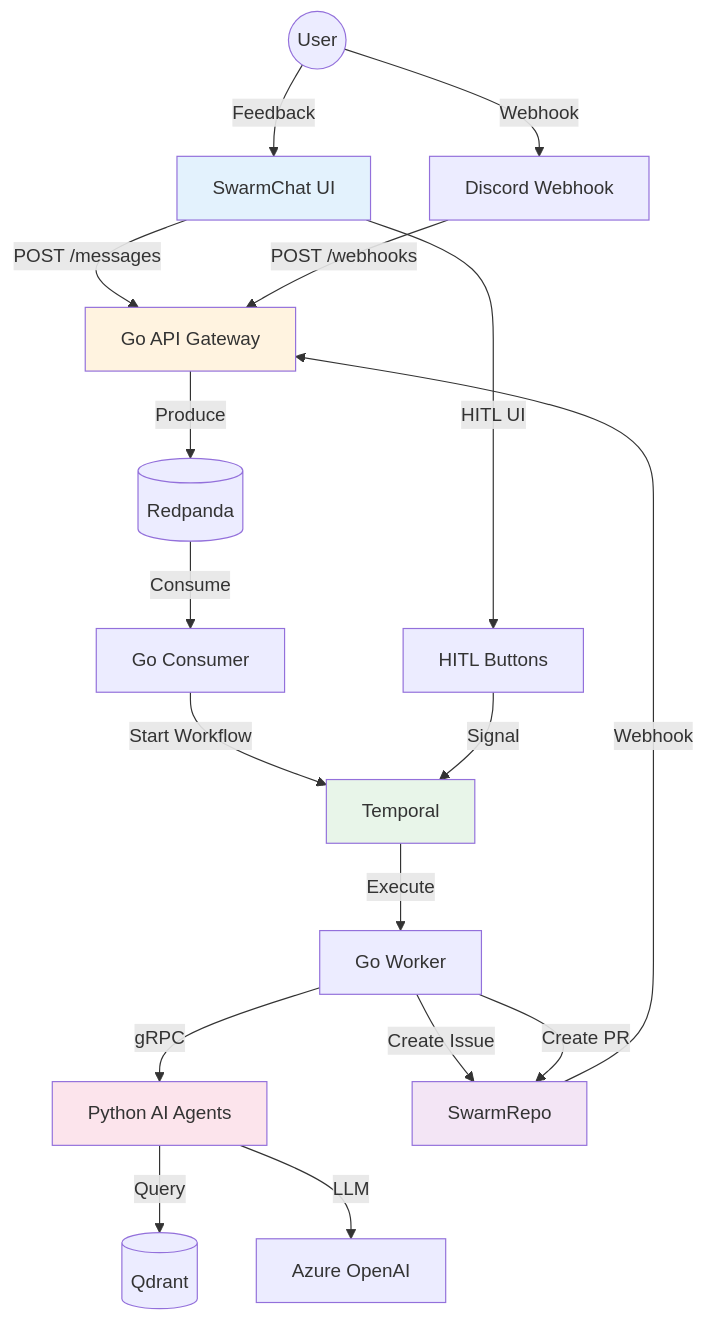
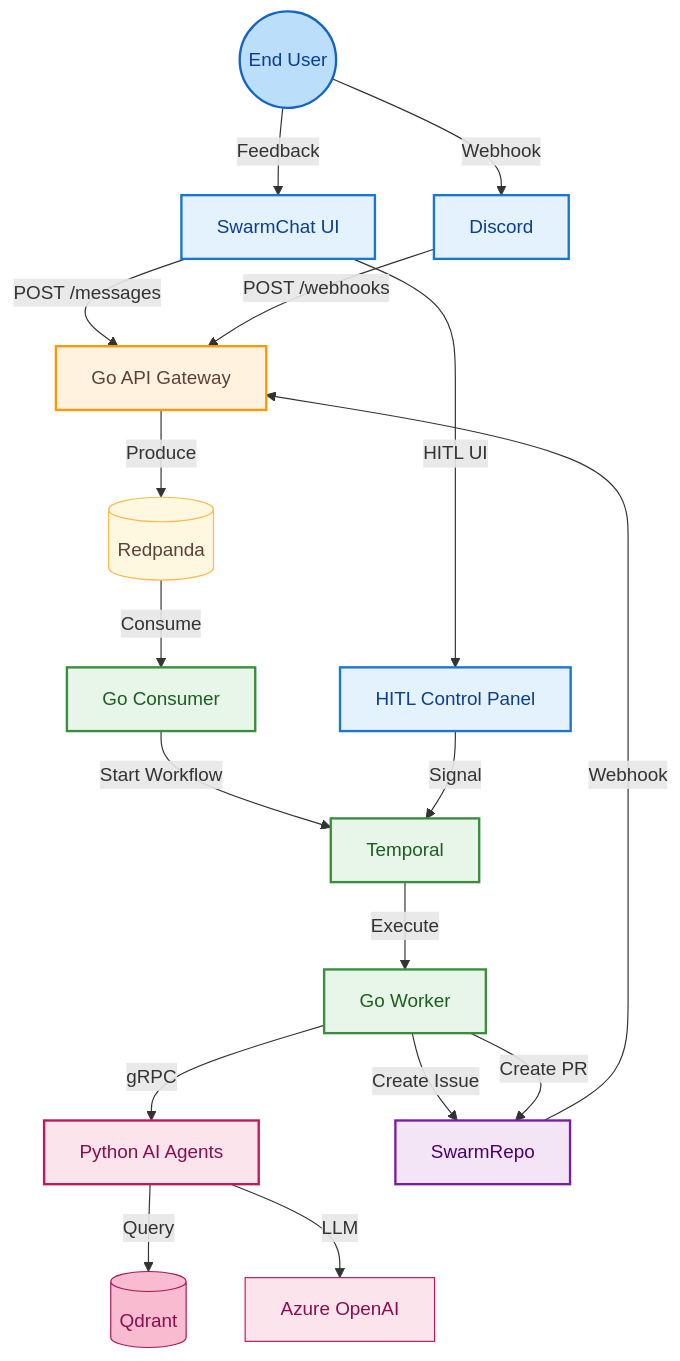
Before and after one commit to Aparnap2/sarthi_ai: the diagram in README.md, drawn with Mermaid.

Commit message:
Update data flow diagram in README.md

````diff
--- a/README.md
+++ b/README.md
@@ -67,30 +67,50 @@
 ```mermaid
 graph TD
-    User((User)) -->|Feedback| SwarmChat[SwarmChat UI]
-    User -->|Webhook| Discord[Discord Webhook]
-    
-    SwarmChat -->|POST /messages| GoAPI[Go API Gateway]
+    %% Nodes
+    User((End User))
+    SwarmChat[SwarmChat UI]
+    HITL[HITL Control Panel]
+    Discord[Discord]
+    GoAPI[Go API Gateway]
+    Redpanda[(Redpanda)]
+    Consumer[Go Consumer]
+    Temporal[Temporal]
+    Worker[Go Worker]
+    PythonAI[Python AI Agents]
+    Qdrant[(Qdrant)]
+    Azure[Azure OpenAI]
+    SwarmRepo[SwarmRepo]
+
+    %% Links
+    User -->|Feedback| SwarmChat
+    User -->|Webhook| Discord
+    SwarmChat -->|POST /messages| GoAPI
     Discord -->|POST /webhooks| GoAPI
-    
-    GoAPI -->|Produce| Redpanda[(Redpanda)]
-    Redpanda -->|Consume| Consumer[Go Consumer]
-    Consumer -->|Start Workflow| Temporal[Temporal]
-    
-    Temporal -->|Execute| Worker[Go Worker]
-    Worker -->|gRPC| PythonAI[Python AI Agents]
-    PythonAI -->|Query| Qdrant[(Qdrant)]
-    PythonAI -->|LLM| Azure[Azure OpenAI]
-    
-    Worker -->|Create Issue| SwarmRepo[SwarmRepo]
+    GoAPI -->|Produce| Redpanda
+    Redpanda -->|Consume| Consumer
+    Consumer -->|Start Workflow| Temporal
+    Temporal -->|Execute| Worker
+    Worker -->|gRPC| PythonAI
+    PythonAI -->|Query| Qdrant
+    PythonAI -->|LLM| Azure
+    Worker -->|Create Issue| SwarmRepo
     Worker -->|Create PR| SwarmRepo
-    
     SwarmRepo -->|Webhook| GoAPI
-    SwarmChat -->|HITL UI| HITL[HITL Buttons]
+    SwarmChat -->|HITL UI| HITL
     HITL -->|Signal| Temporal
-    
-    style SwarmChat fill:#e3f2fd
-    style SwarmRepo fill:#f3e5f5
-    style GoAPI fill:#fff3e0
-    style Temporal fill:#e8f5e9
-    style PythonAI fill:#fce4ec
+
+    %% Explicit styling with text color for visibility
+    style User fill:#bbdefb,stroke:#1565c0,stroke-width:2px,color:#0b3d91
+    style SwarmChat fill:#e3f2fd,stroke:#1976d2,stroke-width:2px,color:#0b3d91
+    style HITL fill:#e3f2fd,stroke:#1976d2,stroke-width:2px,color:#0b3d91
+    style Discord fill:#e3f2fd,stroke:#1976d2,stroke-width:2px,color:#0b3d91
+    style GoAPI fill:#fff3e0,stroke:#ff9800,stroke-width:2px,color:#5d4037
+    style Redpanda fill:#fff8e1,stroke:#ffb74d,stroke-width:1px,color:#5d4037
+    style Consumer fill:#e8f5e9,stroke:#388e3c,stroke-width:2px,color:#1b5e20
+    style Temporal fill:#e8f5e9,stroke:#388e3c,stroke-width:2px,color:#1b5e20
+    style Worker fill:#e8f5e9,stroke:#388e3c,stroke-width:2px,color:#1b5e20
+    style PythonAI fill:#fce4ec,stroke:#c2185b,stroke-width:2px,color:#880e4f
+    style Qdrant fill:#f8bbd0,stroke:#ad1457,stroke-width:1px,color:#880e4f
+    style Azure fill:#fce4ec,stroke:#c2185b,stroke-width:1px,color:#880e4f
+    style SwarmRepo fill:#f3e5f5,stroke:#7b1fa2,stroke-width:2px,color:#4a0072
 ```
````
